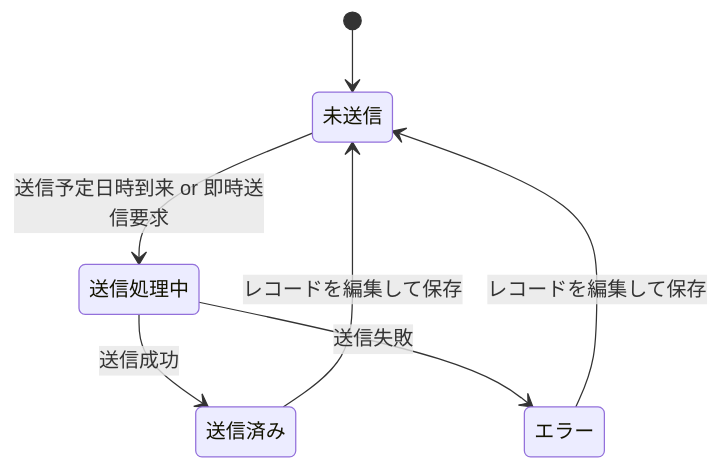
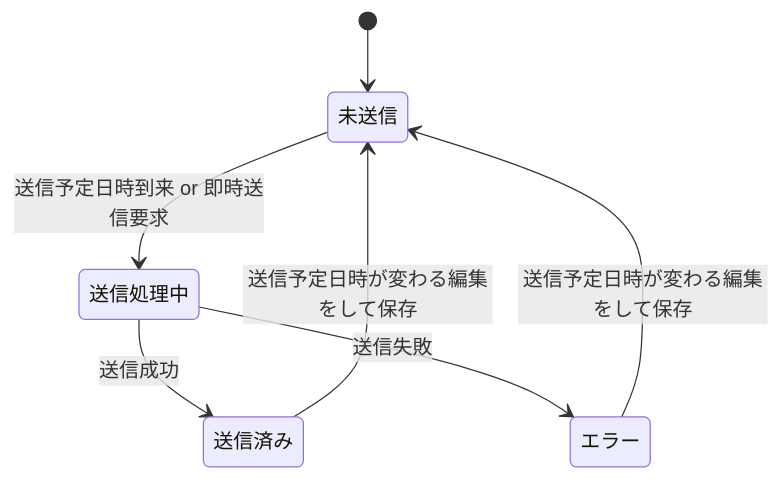
The third of 3 diagrams in customizations/reminder-notify/README.md (un-jay/kintone-customizations), drawn with Mermaid before and after one commit. The commit also changed other lines of this file and 3 other files, not shown here.

````diff
--- a/customizations/reminder-notify/README.md
+++ b/customizations/reminder-notify/README.md
@@ -69,9 +69,9 @@
 ```mermaid
 stateDiagram-v2
     [*] --> 未送信
     未送信 --> 送信処理中: 送信予定日時到来 or 即時送信要求
     送信処理中 --> 送信済み: 送信成功
     送信処理中 --> エラー: 送信失敗
-    送信済み --> 未送信: レコードを編集して保存
-    エラー --> 未送信: レコードを編集して保存
+    送信済み --> 未送信: 送信予定日時が変わる編集をして保存
+    エラー --> 未送信: 送信予定日時が変わる編集をして保存
 ```
````
